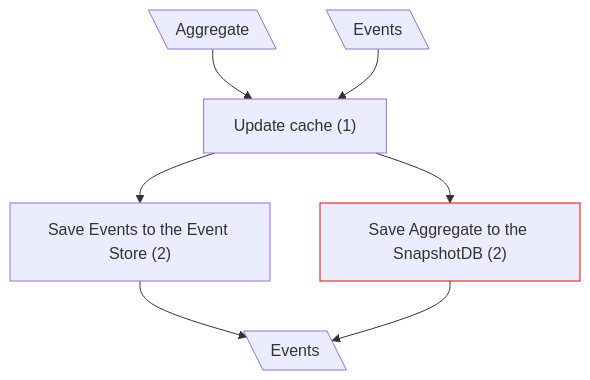
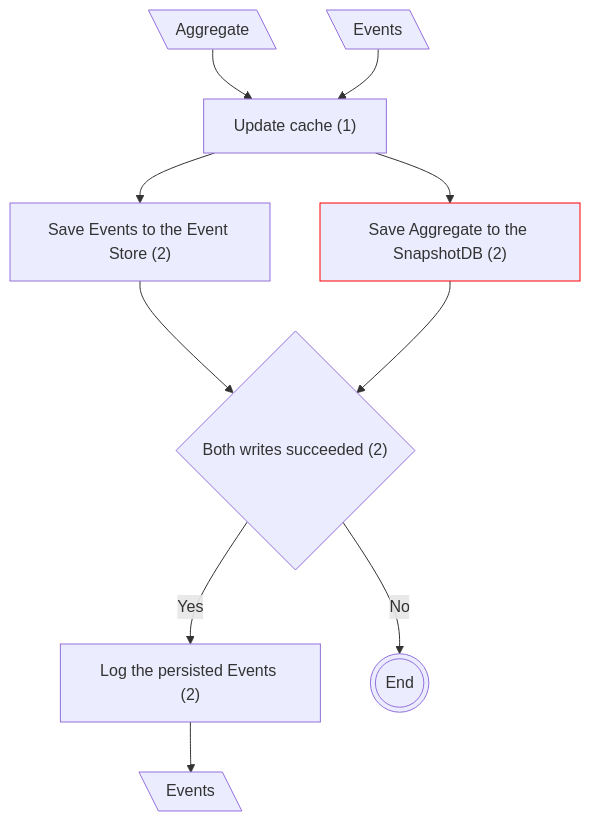
The fourth of 4 diagrams in docs/CF Complexity/mCQRS -> Classical CQRS/update.md (dmitryhruzin/CQRS-variations-test), drawn with Mermaid before and after one commit. The commit also changed other lines of this file and 21 other files, not shown here.

````diff
--- a/docs/CF Complexity/mCQRS -> Classical CQRS/update.md
+++ b/docs/CF Complexity/mCQRS -> Classical CQRS/update.md
@@ -72,12 +76,15 @@
 ```mermaid
 flowchart TD
   classDef mod stroke:#f00
   A1@{ shape: lean-l, label: "Aggregate" }
   A2@{ shape: lean-l, label: "Events" }
   A1 --> B["Update cache (1)"]
   A2 --> B
   B --> C["Save Events to the Event Store (2)"]
   B --> D["Save Aggregate to the SnapshotDB (2)"]:::mod
-  C --> E@{ shape: lean-l, label: "Events" }
-  D --> E
+  C --> CF{"Both writes succeeded (2)"}
+  D --> CF
+  CF --Yes--> L["Log the persisted Events (2)"]
+  CF --"No"--> X@{ shape: dbl-circ, label: "End" }
+  L --> E@{ shape: lean-l, label: "Events" }
 ```
````
